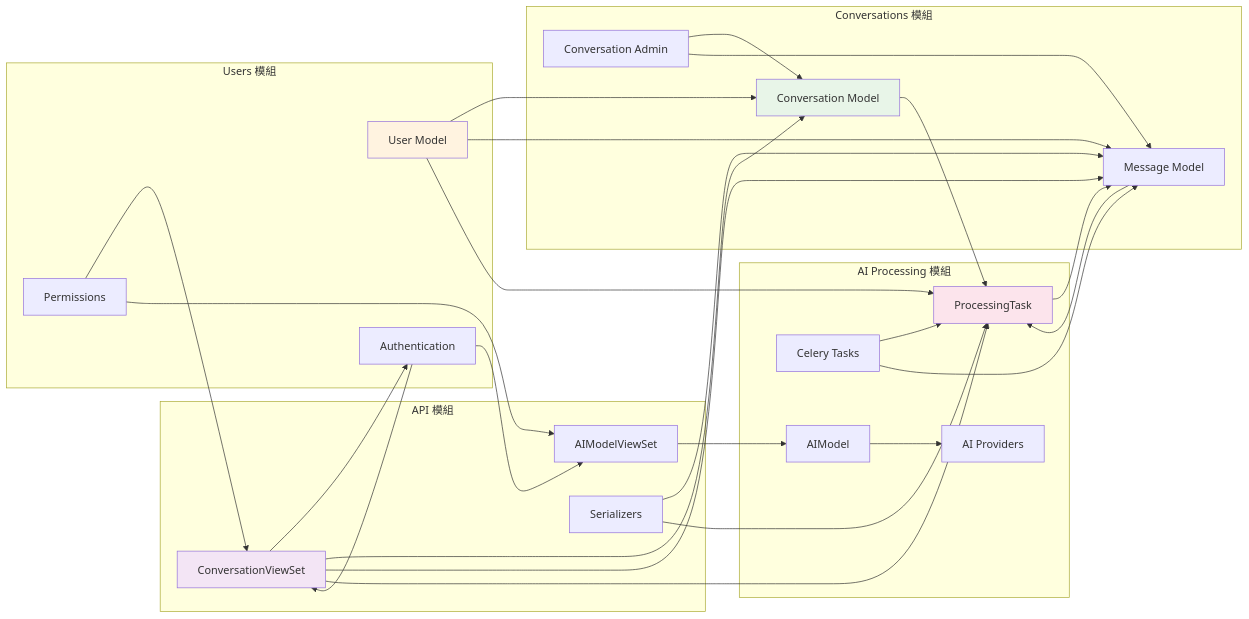
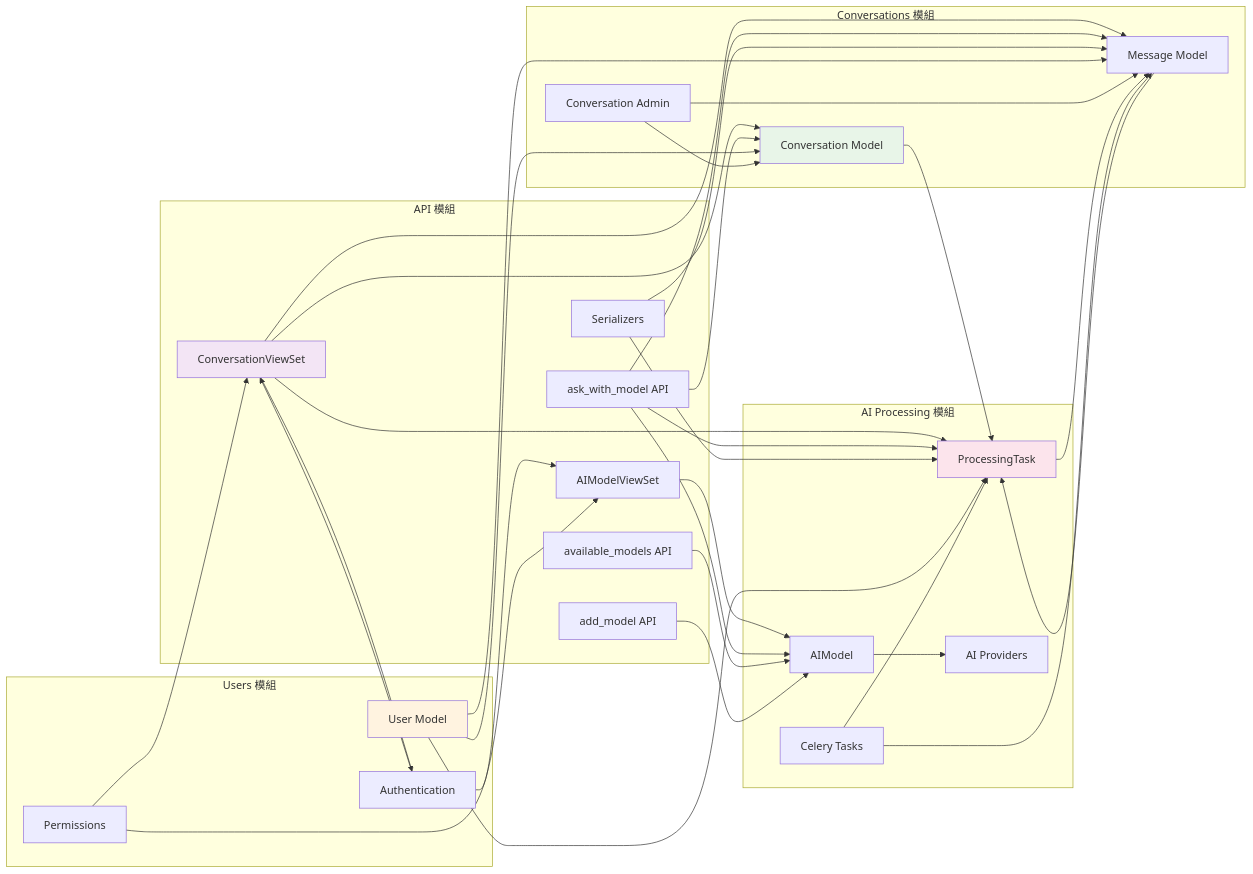
The third of 5 diagrams in README.md (Vinskao/maya-sawa-v2), drawn with Mermaid before and after one commit. The commit also changed other lines of this file and 6 other files, not shown here.

````diff
--- a/README.md
+++ b/README.md
@@ -147,62 +147,71 @@
 ```mermaid
 graph LR
     subgraph "API 模組"
         A1[ConversationViewSet]
         A2[AIModelViewSet]
-        A3[Serializers]
+        A3[ask_with_model API]
+        A4[available_models API]
+        A5[add_model API]
+        A6[Serializers]
     end
     
     subgraph "Users 模組"
         U1[User Model]
         U2[Authentication]
         U3[Permissions]
     end
     
     subgraph "Conversations 模組"
         C1[Conversation Model]
         C2[Message Model]
         C3[Conversation Admin]
     end
     
     subgraph "AI Processing 模組"
         AI1[ProcessingTask]
         AI2[AIModel]
         AI3[AI Providers]
         AI4[Celery Tasks]
     end
     
     %% API 模組的協作關係
     A1 --> U2
     A1 --> C1
     A1 --> C2
     A1 --> AI1
     A2 --> AI2
+    A3 --> C1
     A3 --> C2
     A3 --> AI1
+    A3 --> AI2
+    A4 --> AI2
+    A5 --> AI2
+    A6 --> C2
+    A6 --> AI1
     
     %% Users 模組的協作關係
     U1 --> C1
     U1 --> C2
     U1 --> AI1
     U2 --> A1
     U2 --> A2
     U3 --> A1
     U3 --> A2
     
     %% Conversations 模組的協作關係
     C1 --> AI1
     C2 --> AI1
     C3 --> C1
     C3 --> C2
     
     %% AI Processing 模組的協作關係
     AI1 --> C2
     AI2 --> AI3
     AI4 --> AI1
     AI4 --> C2
     
     style A1 fill:#f3e5f5
     style U1 fill:#fff3e0
     style C1 fill:#e8f5e8
     style AI1 fill:#fce4ec
 ```
````
